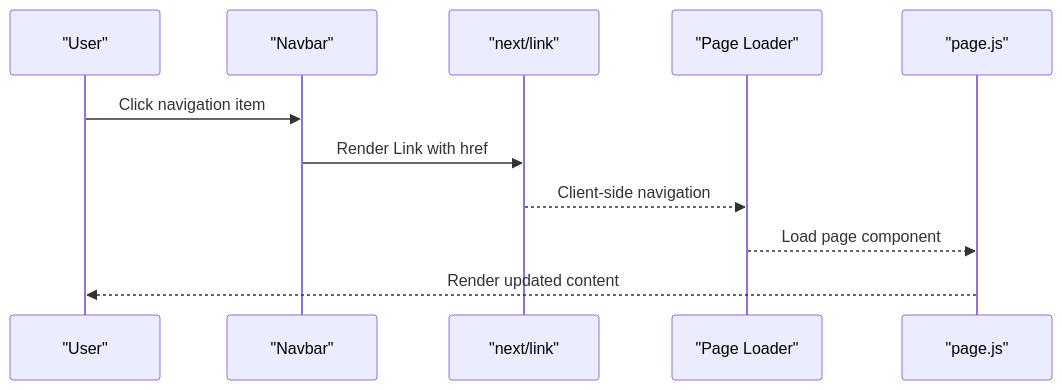
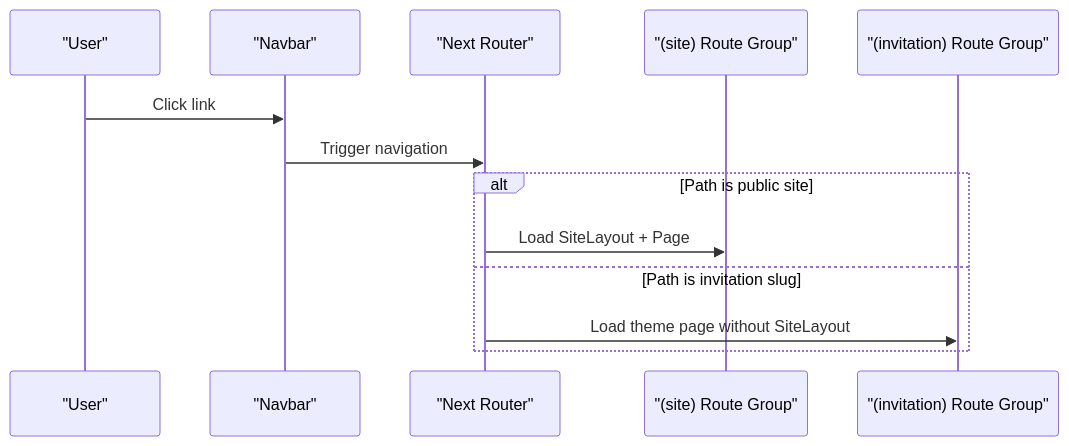
One commit to algorithmsEvolve/momentoclient-fe changed the second of 3 diagrams in docs/en/content/Navigation & Routing.md. Above: the diagram before and after it, drawn with Mermaid. The commit also changed other lines of this file and 14 other files, not shown here.

````diff
--- a/docs/en/content/Navigation & Routing.md
+++ b/docs/en/content/Navigation & Routing.md
@@ -105,13 +86,15 @@
 ```mermaid
 sequenceDiagram
 participant U as "User"
 participant NB as "Navbar"
-participant LN as "next/link"
-participant PL as "Page Loader"
-participant PG as "page.js"
-U->>NB : Click navigation item
-NB->>LN : Render Link with href
-LN-->>PL : Client-side navigation
-PL-->>PG : Load page component
-PG-->>U : Render updated content
+participant R as "Next Router"
+participant Site as "(site) Route Group"
+participant Inv as "(invitation) Route Group"
+U->>NB : Click link
+NB->>R : Trigger navigation
+alt Path is public site
+    R->>Site : Load SiteLayout + Page
+else Path is invitation slug
+    R->>Inv : Load theme page without SiteLayout
+end
 ```
````
